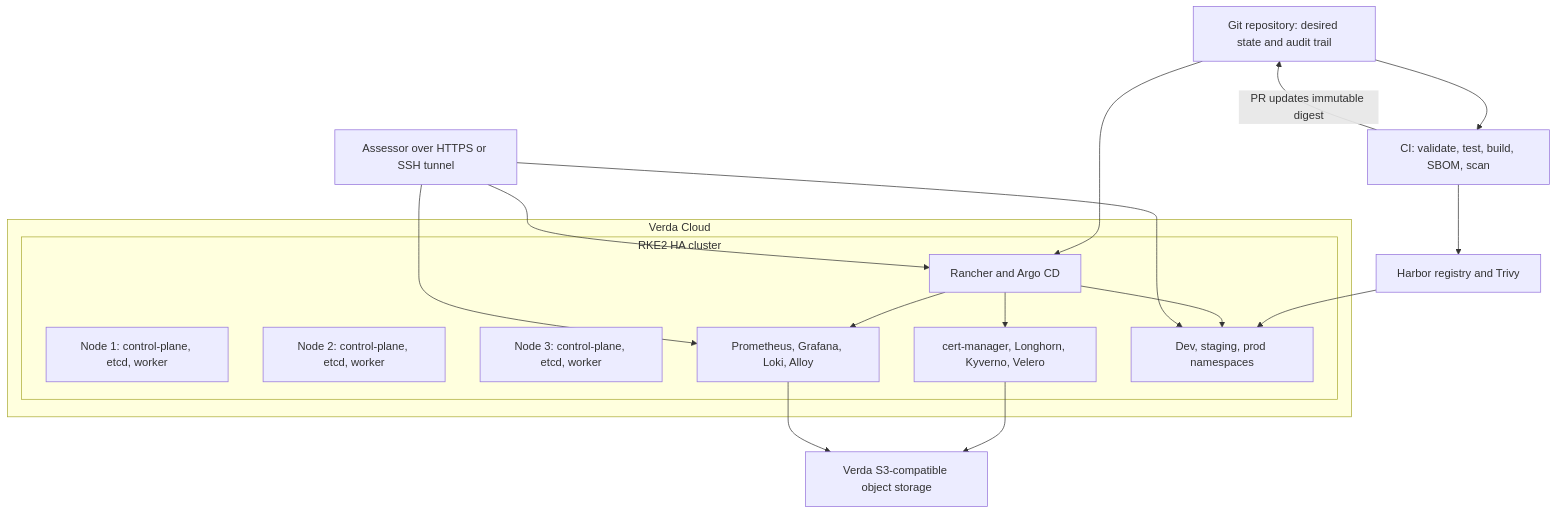
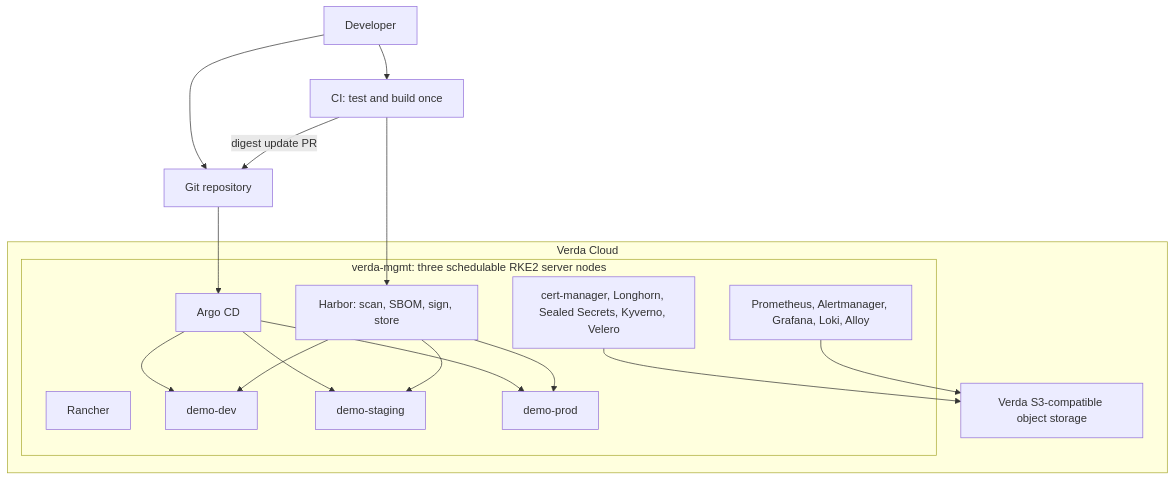
One commit to kaycee1771/verda-platform-takehome changed the first of 2 diagrams in docs/architecture.md. Above: the diagram before and after it, drawn with Mermaid. The commit also changed other lines of this file and 56 other files, not shown here.

````diff
--- a/docs/architecture.md
+++ b/docs/architecture.md
@@ -9,34 +11,31 @@
 ```mermaid
 flowchart TB
-    Assessor["Assessor over HTTPS or SSH tunnel"]
-    Git["Git repository: desired state and audit trail"]
-    CI["CI: validate, test, build, SBOM, scan"]
-    Harbor["Harbor registry and Trivy"]
-    ObjectStore["Verda S3-compatible object storage"]
+    Developer["Developer"] --> Git["Git repository"]
+    Developer --> CI["CI: test and build once"]
+    CI --> Harbor["Harbor: scan, SBOM, sign, store"]
+    CI -->|"digest update PR"| Git
+    Git --> Argo["Argo CD"]
 
     subgraph Verda["Verda Cloud"]
-        subgraph RKE2["RKE2 HA cluster"]
-            N1["Node 1: control-plane, etcd, worker"]
-            N2["Node 2: control-plane, etcd, worker"]
-            N3["Node 3: control-plane, etcd, worker"]
-            Management["Rancher and Argo CD"]
-            Platform["cert-manager, Longhorn, Kyverno, Velero"]
-            Observability["Prometheus, Grafana, Loki, Alloy"]
-            Environments["Dev, staging, prod namespaces"]
+        subgraph Management["verda-mgmt: three schedulable RKE2 server nodes"]
+            Rancher["Rancher"]
+            Argo
+            Harbor
+            Observability["Prometheus, Alertmanager, Grafana, Loki, Alloy"]
+            Platform["cert-manager, Longhorn, Sealed Secrets, Kyverno, Velero"]
+            Dev["demo-dev"]
+            Staging["demo-staging"]
+            Prod["demo-prod"]
         end
+        ObjectStorage["Verda S3-compatible object storage"]
     end
 
-    Git --> CI
-    CI --> Harbor
-    CI -->|"PR updates immutable digest"| Git
-    Git --> Management
-    Harbor --> Environments
-    Management --> Platform
-    Management --> Observability
-    Management --> Environments
-    Platform --> ObjectStore
-    Observability --> ObjectStore
-    Assessor --> Management
-    Assessor --> Observability
-    Assessor --> Environments
+    Argo --> Dev
+    Argo --> Staging
+    Argo --> Prod
+    Harbor --> Dev
+    Harbor --> Staging
+    Harbor --> Prod
+    Platform --> ObjectStorage
+    Observability --> ObjectStorage
 ```
````
